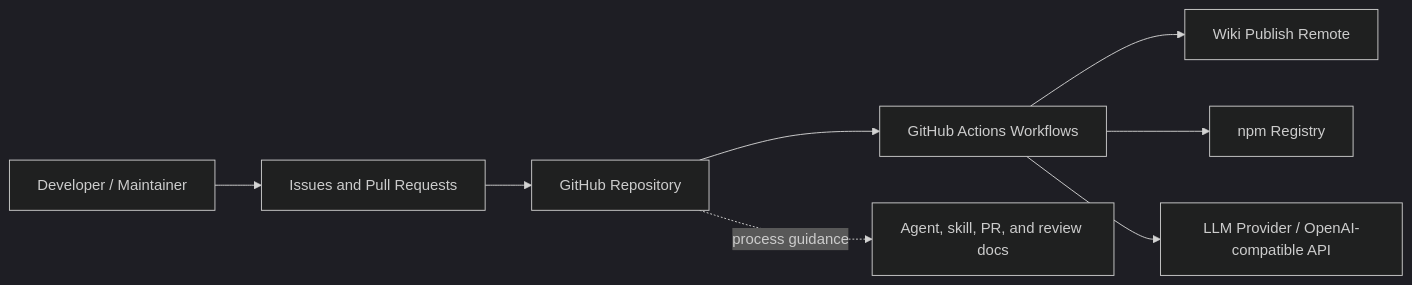
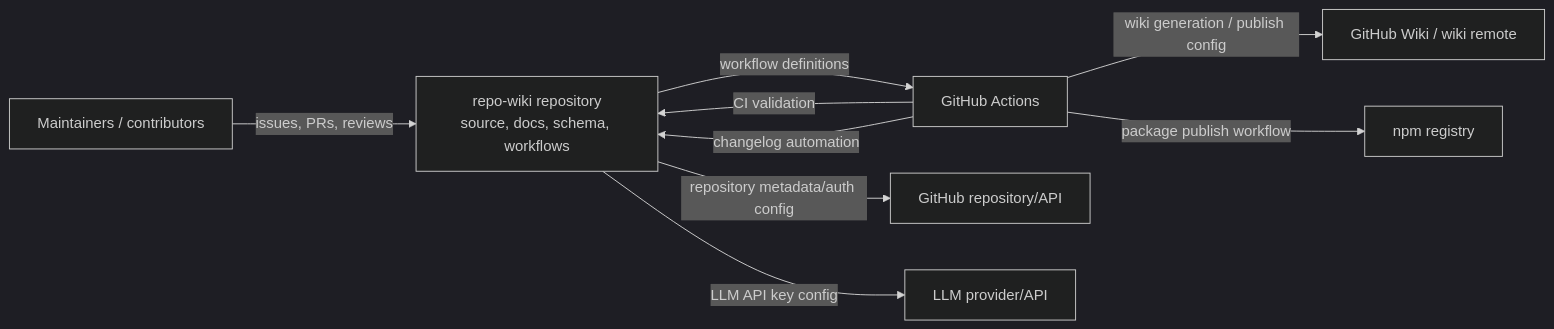
One commit to mfittko/repo-wiki changed the first of 4 diagrams in Architecture.md. Above: the diagram before and after it, drawn with Mermaid (dark theme). The commit also changed other lines of this file and 48 other files, not shown here.

Commit message:
Compile repository wiki 2026-06-13T21:32:59.895Z

````diff
--- a/Architecture.md
+++ b/Architecture.md
@@ -50,19 +60,19 @@
 ```mermaid
 flowchart LR
-  Dev["Developer / Maintainer"]
-  GitHub["GitHub Repository"]
-  Actions["GitHub Actions Workflows"]
-  WikiRemote["Wiki Publish Remote"]
-  Npm["npm Registry"]
-  LLM["LLM Provider / OpenAI-compatible API"]
-  IssuesPRs["Issues and Pull Requests"]
+    Repo["repo-wiki repository<br/>source, docs, schema, workflows"]
+    GHA["GitHub Actions"]
+    Wiki["GitHub Wiki / wiki remote"]
+    NPM["npm registry"]
+    GitHub["GitHub repository/API"]
+    LLM["LLM provider/API"]
+    Humans["Maintainers / contributors"]
 
-  Dev --> IssuesPRs
-  IssuesPRs --> GitHub
-  GitHub --> Actions
-  Actions --> WikiRemote
-  Actions --> Npm
-  Actions --> LLM
-
-  GitHub -.process guidance.-> Agents["Agent, skill, PR, and review docs"]
+    Humans -->|"issues, PRs, reviews"| Repo
+    Repo -->|"workflow definitions"| GHA
+    GHA -->|"CI validation"| Repo
+    GHA -->|"wiki generation / publish config"| Wiki
+    GHA -->|"package publish workflow"| NPM
+    GHA -->|"changelog automation"| Repo
+    Repo -->|"repository metadata/auth config"| GitHub
+    Repo -->|"LLM API key config"| LLM
 ```
````
